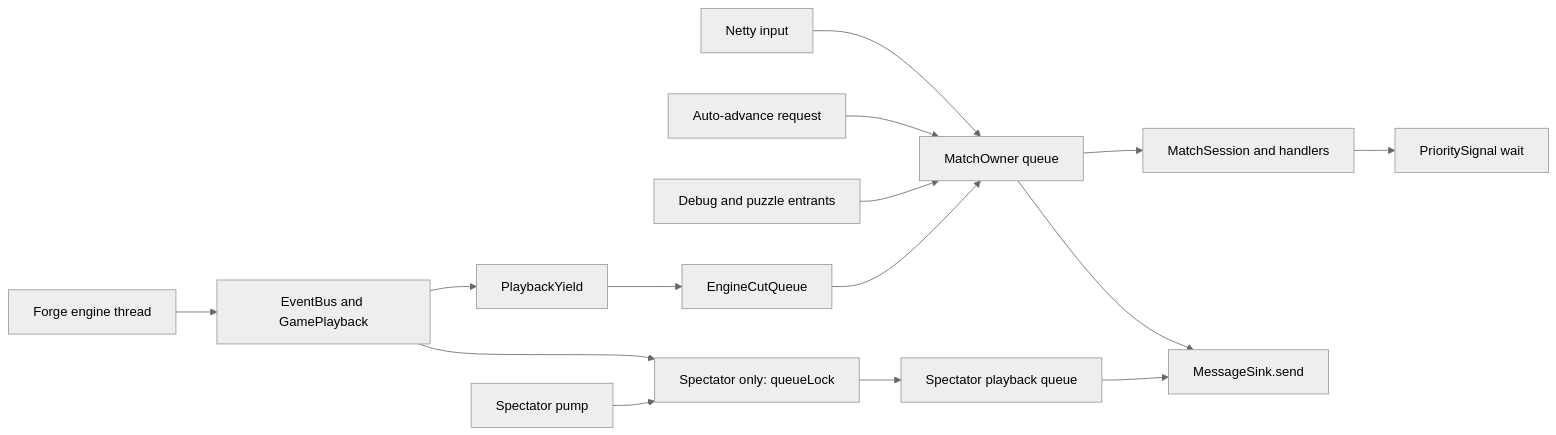
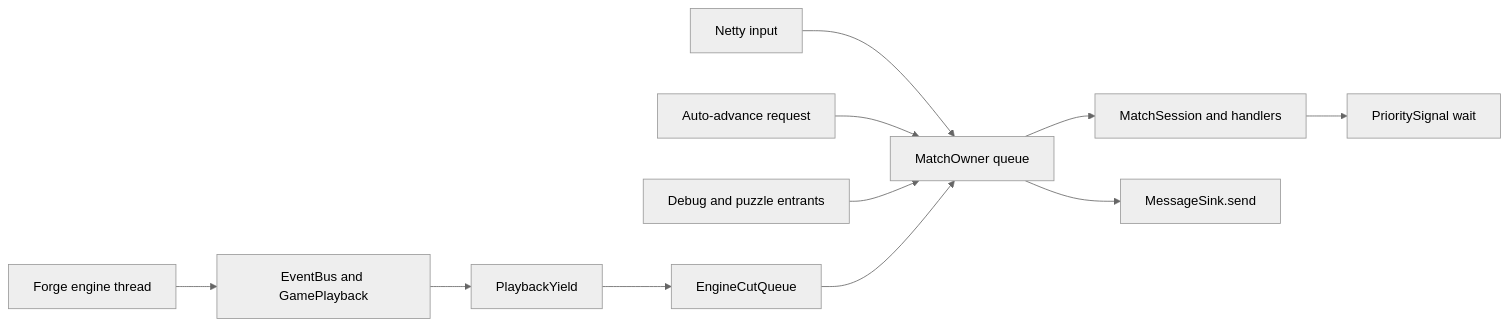
Before and after one commit to delebedev/leyline: the first of 2 diagrams in docs/bridge-threading.md, drawn with Mermaid (neutral theme). The commit also changed other lines of this file and 16 other files, not shown here.

Commit message:
refactor(engine): route spectator playback through match owner

````diff
--- a/docs/bridge-threading.md
+++ b/docs/bridge-threading.md
@@ -107,19 +102,14 @@
 ```mermaid
 flowchart LR
     N[Netty input] --> OWNER[MatchOwner queue]
     A[Auto-advance request] --> OWNER
     D[Debug and puzzle entrants] --> OWNER
     OWNER --> MS[MatchSession and handlers]
     MS --> WAIT[PrioritySignal wait]
 
     E[Forge engine thread] --> EVT[EventBus and GamePlayback]
     EVT --> Y[PlaybackYield]
     Y --> CUT[EngineCutQueue]
     CUT --> OWNER
     OWNER --> SEND[MessageSink.send]
-
-    EVT --> SQL["Spectator only: queueLock"]
-    SP[Spectator pump] --> SQL
-    SQL --> SQ[Spectator playback queue]
-    SQ --> SEND
 ```
````
